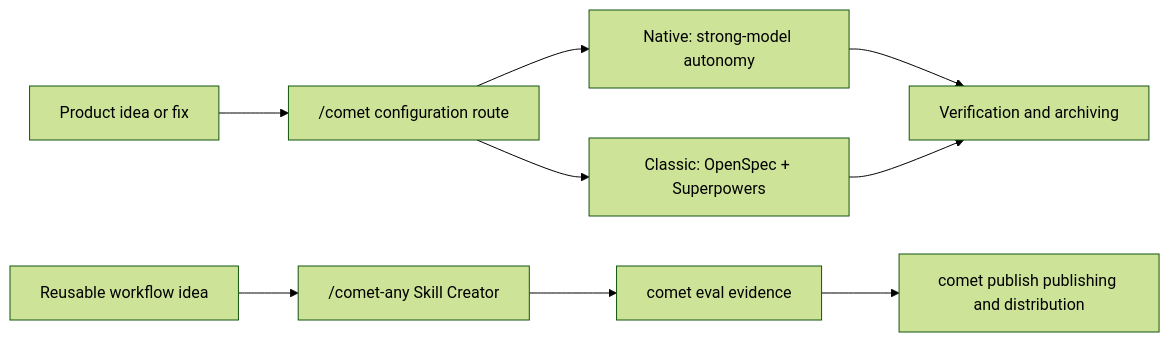
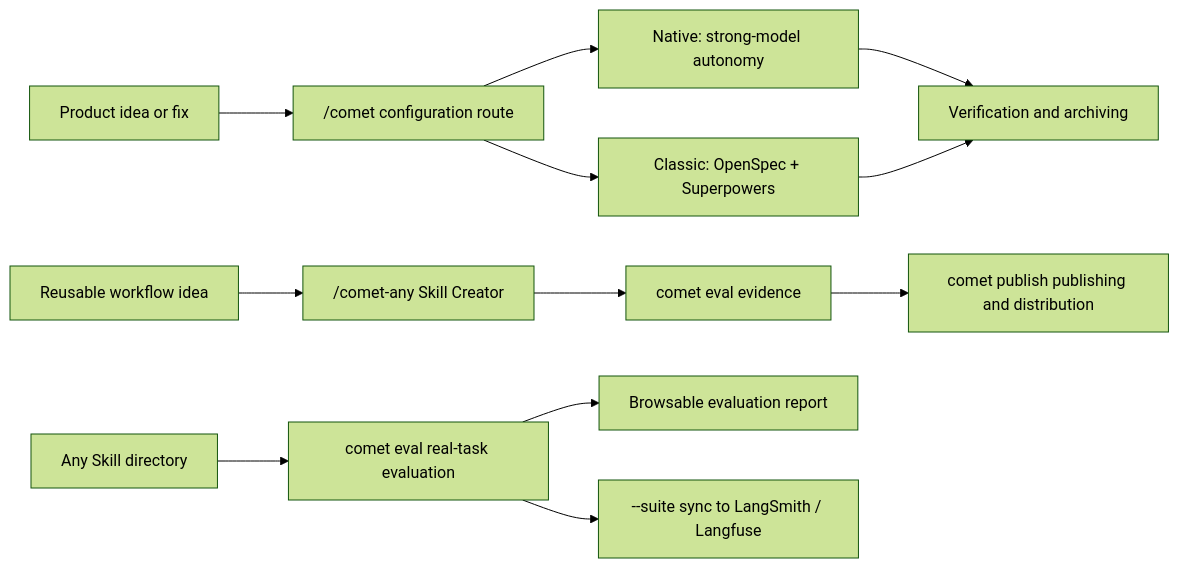
Before and after one commit to rpamis/comet-website-docs: the diagram in en/introduction.mdx, drawn with Mermaid (forest theme). The commit also changed other lines of this file and 6 other files, not shown here.

Commit message:
docs: add standalone eval chain to introduction and sync zh/en updates

````diff
--- a/en/introduction.mdx
+++ b/en/introduction.mdx
@@ -29,11 +29,14 @@
 ```mermaid
 flowchart LR
   A["Product idea or fix"] --> B["/comet configuration route"]
   B --> N["Native: strong-model autonomy"]
   B --> C["Classic: OpenSpec + Superpowers"]
   N --> E["Verification and archiving"]
   C --> E
   F["Reusable workflow idea"] --> G["/comet-any Skill Creator"]
   G --> H["comet eval evidence"]
   H --> I["comet publish publishing and distribution"]
+  J["Any Skill directory"] --> K["comet eval real-task evaluation"]
+  K --> L["Browsable evaluation report"]
+  K --> M["--suite sync to LangSmith / Langfuse"]
 ```
````
